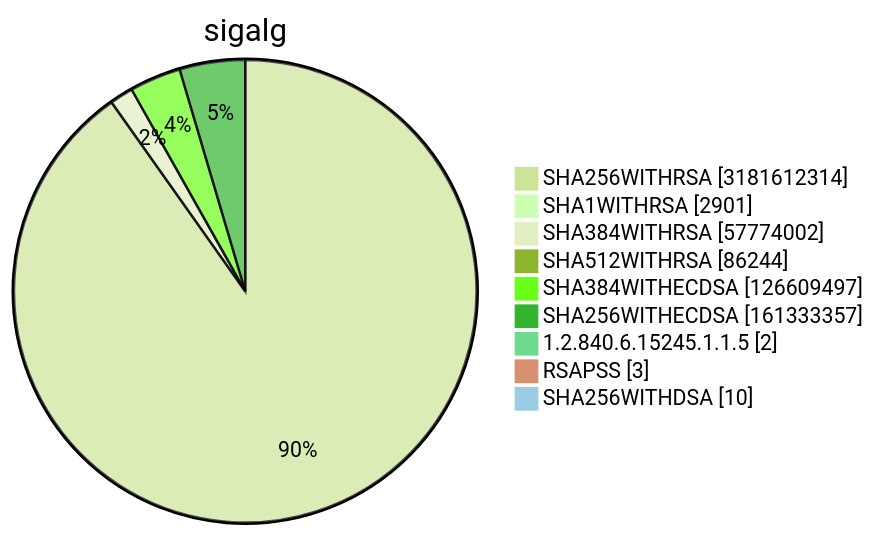
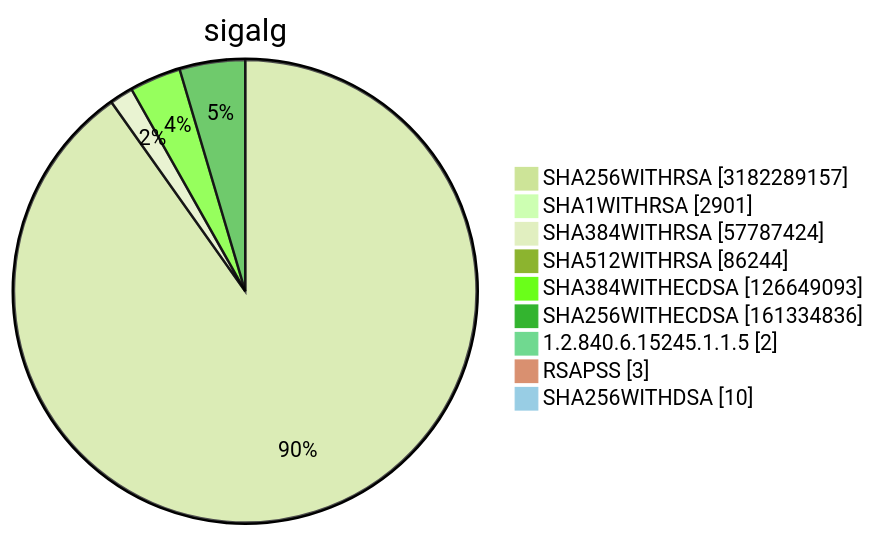
Before and after one commit to christiankrug/ctmonitor_visualization: diagram 15 of 15 in TOTAL/README.md, drawn with Mermaid (forest theme). The commit also changed other lines of this file, not shown here.

````diff
--- a/TOTAL/README.md
+++ b/TOTAL/README.md
@@ -6216,13 +6216,13 @@
 ```mermaid
 pie showData
 title sigalg
-"SHA256WITHRSA" :3181612314
+"SHA256WITHRSA" :3182289157
 "SHA1WITHRSA" :2901
-"SHA384WITHRSA" :57774002
+"SHA384WITHRSA" :57787424
 "SHA512WITHRSA" :86244
-"SHA384WITHECDSA" :126609497
-"SHA256WITHECDSA" :161333357
+"SHA384WITHECDSA" :126649093
+"SHA256WITHECDSA" :161334836
 "1.2.840.6.15245.1.1.5" :2
 "RSAPSS" :3
 "SHA256WITHDSA" :10
 ```
````
